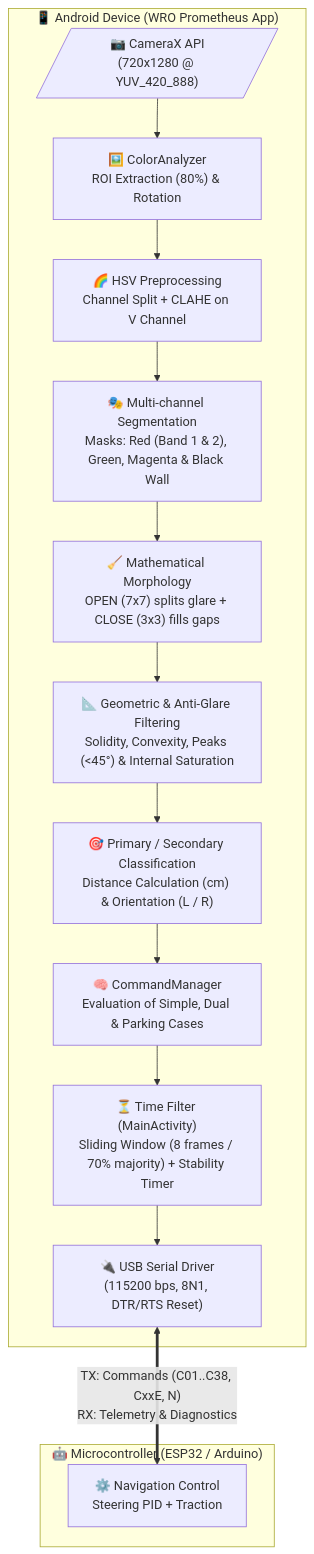
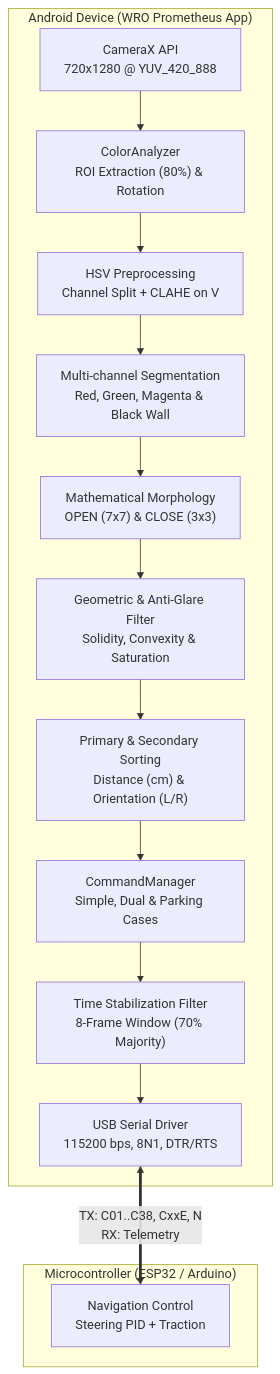
One commit to SamFlips/APP-WRO-PROMETHEUS-TEAM changed the first of 2 diagrams in README.md. Above: the diagram before and after it, drawn with Mermaid. The commit also changed other lines of this file, not shown here.

````diff
--- a/README.md
+++ b/README.md
@@ -30,19 +34,18 @@
 ```mermaid
 flowchart TD
-    subgraph Android ["📱 Android Device (WRO Prometheus App)"]
-        A[/"📷 CameraX API\n(720x1280 @ YUV_420_888)"/] --> B["🖼️ ColorAnalyzer\nROI Extraction (80%) & Rotation"]
-        B --> C["🌈 HSV Preprocessing\nChannel Split + CLAHE on V Channel"]
-        C --> D["🎭 Multi-channel Segmentation\nMasks: Red (Band 1 & 2), Green, Magenta & Black Wall"]
-        D --> E["🧹 Mathematical Morphology\nOPEN (7x7) splits glare + CLOSE (3x3) fills gaps"]
-        E --> F["📐 Geometric & Anti-Glare Filtering\nSolidity, Convexity, Peaks (<45°) & Internal Saturation"]
-        F --> G["🎯 Primary / Secondary Classification\nDistance Calculation (cm) & Orientation (L / R)"]
-        G --> H["🧠 CommandManager\nEvaluation of Simple, Dual & Parking Cases"]
-        H --> I["⏳ Time Filter (MainActivity)\nSliding Window (8 frames / 70% majority) + Stability Timer"]
-        I --> J["🔌 USB Serial Driver\n(115200 bps, 8N1, DTR/RTS Reset)"]
+    subgraph Android ["Android Device (WRO Prometheus App)"]
+        A["CameraX API<br/>720x1280 @ YUV_420_888"] --> B["ColorAnalyzer<br/>ROI Extraction (80%) & Rotation"]
+        B --> C["HSV Preprocessing<br/>Channel Split + CLAHE on V"]
+        C --> D["Multi-channel Segmentation<br/>Red, Green, Magenta & Black Wall"]
+        D --> E["Mathematical Morphology<br/>OPEN (7x7) & CLOSE (3x3)"]
+        E --> F["Geometric & Anti-Glare Filter<br/>Solidity, Convexity & Saturation"]
+        F --> G["Primary & Secondary Sorting<br/>Distance (cm) & Orientation (L/R)"]
+        G --> H["CommandManager<br/>Simple, Dual & Parking Cases"]
+        H --> I["Time Stabilization Filter<br/>8-Frame Window (70% Majority)"]
+        I --> J["USB Serial Driver<br/>115200 bps, 8N1, DTR/RTS"]
     end
 
-    subgraph MCU ["🤖 Microcontroller (ESP32 / Arduino)"]
-        J <==>|"TX: Commands (C01..C38, CxxE, N)\nRX: Telemetry & Diagnostics"| K["⚙️ Navigation Control\nSteering PID + Traction"]
+    subgraph MCU ["Microcontroller (ESP32 / Arduino)"]
+        J <==>|"TX: C01..C38, CxxE, N<br/>RX: Telemetry"| K["Navigation Control<br/>Steering PID + Traction"]
     end
-
 ```
````
